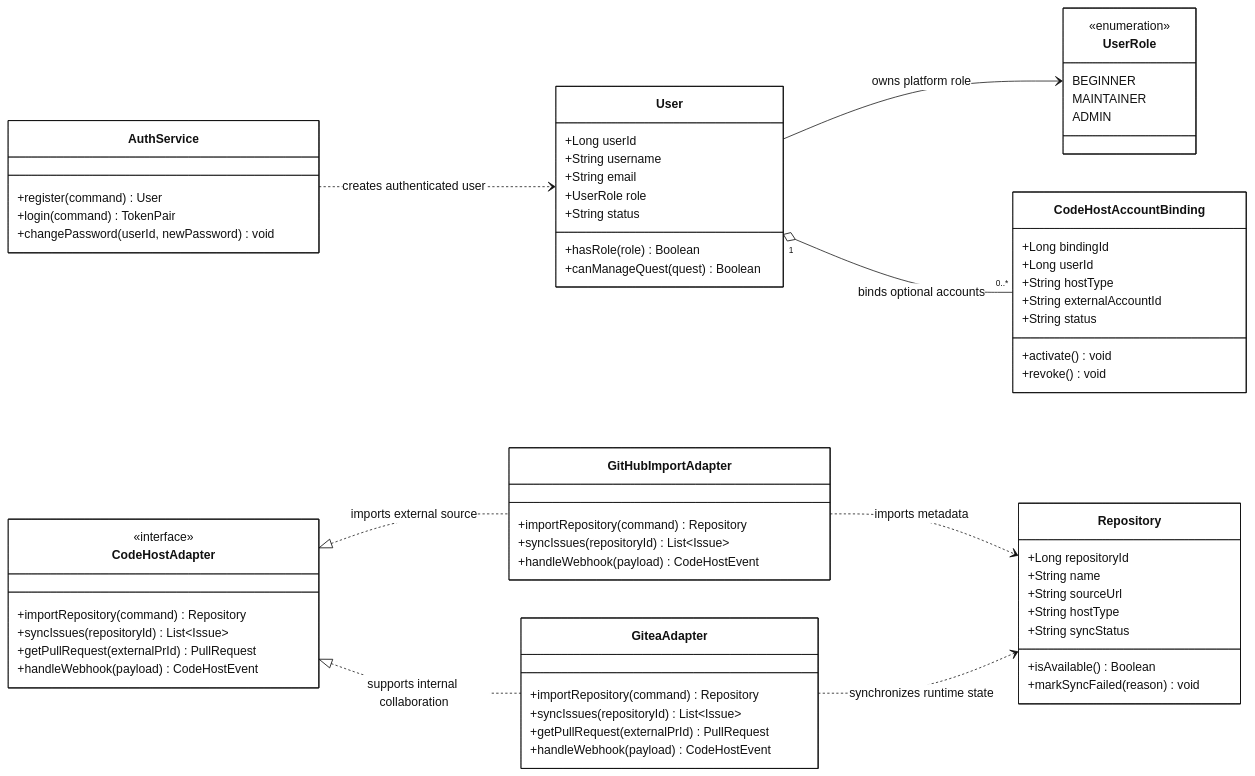
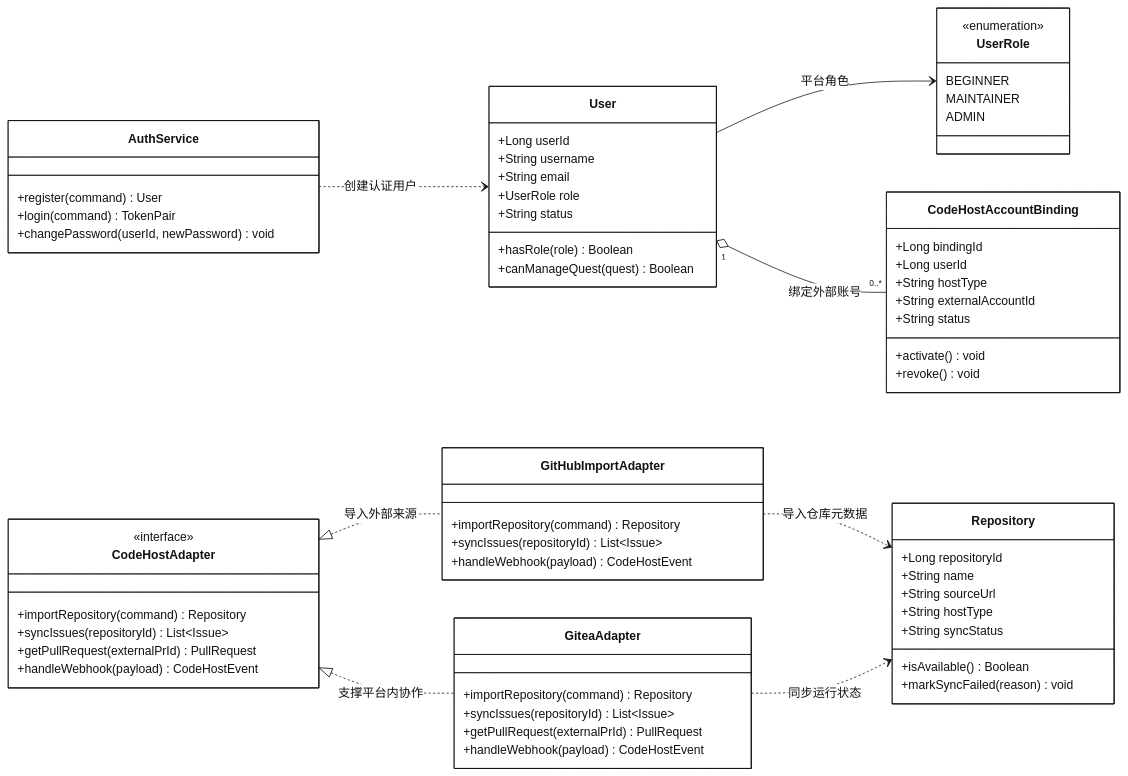
Before and after one commit to ZhenchangMin/Git-Guild: the first of 4 diagrams in docs/P3/核心类图.md, drawn with Mermaid. The commit also changed other lines of this file, not shown here.

Commit message:
修改核心类图

````diff
--- a/docs/P3/核心类图.md
+++ b/docs/P3/核心类图.md
@@ -18,77 +18,77 @@
 ```mermaid
 %%{init: {"theme": "base", "themeVariables": {"primaryColor": "#ffffff", "primaryTextColor": "#111111", "primaryBorderColor": "#111111", "lineColor": "#111111", "secondaryColor": "#f7f7f7", "tertiaryColor": "#ffffff"}}}%%
 classDiagram
     direction LR
 
     class User {
         +Long userId
         +String username
         +String email
         +UserRole role
         +String status
         +hasRole(role) Boolean
         +canManageQuest(quest) Boolean
     }
 
     class UserRole {
         <<enumeration>>
         BEGINNER
         MAINTAINER
         ADMIN
     }
 
     class AuthService {
         +register(command) User
         +login(command) TokenPair
         +changePassword(userId, newPassword) void
     }
 
     class CodeHostAccountBinding {
         +Long bindingId
         +Long userId
         +String hostType
         +String externalAccountId
         +String status
         +activate() void
         +revoke() void
     }
 
     class CodeHostAdapter {
         <<interface>>
         +importRepository(command) Repository
         +syncIssues(repositoryId) List~Issue~
         +getPullRequest(externalPrId) PullRequest
         +handleWebhook(payload) CodeHostEvent
     }
 
     class GitHubImportAdapter {
         +importRepository(command) Repository
         +syncIssues(repositoryId) List~Issue~
         +handleWebhook(payload) CodeHostEvent
     }
 
     class GiteaAdapter {
         +importRepository(command) Repository
         +syncIssues(repositoryId) List~Issue~
         +getPullRequest(externalPrId) PullRequest
         +handleWebhook(payload) CodeHostEvent
     }
 
     class Repository {
         +Long repositoryId
         +String name
         +String sourceUrl
         +String hostType
         +String syncStatus
         +isAvailable() Boolean
         +markSyncFailed(reason) void
     }
 
-    User --> UserRole : owns platform role
-    User "1" o-- "0..*" CodeHostAccountBinding : binds optional accounts
-    AuthService ..> User : creates authenticated user
-    CodeHostAdapter <|.. GitHubImportAdapter : imports external source
-    CodeHostAdapter <|.. GiteaAdapter : supports internal collaboration
-    GitHubImportAdapter ..> Repository : imports metadata
-    GiteaAdapter ..> Repository : synchronizes runtime state
+    User --> UserRole : 平台角色
+    User "1" o-- "0..*" CodeHostAccountBinding : 绑定外部账号
+    AuthService ..> User : 创建认证用户
+    CodeHostAdapter <|.. GitHubImportAdapter : 导入外部来源
+    CodeHostAdapter <|.. GiteaAdapter : 支撑平台内协作
+    GitHubImportAdapter ..> Repository : 导入仓库元数据
+    GiteaAdapter ..> Repository : 同步运行状态
 ```
````
